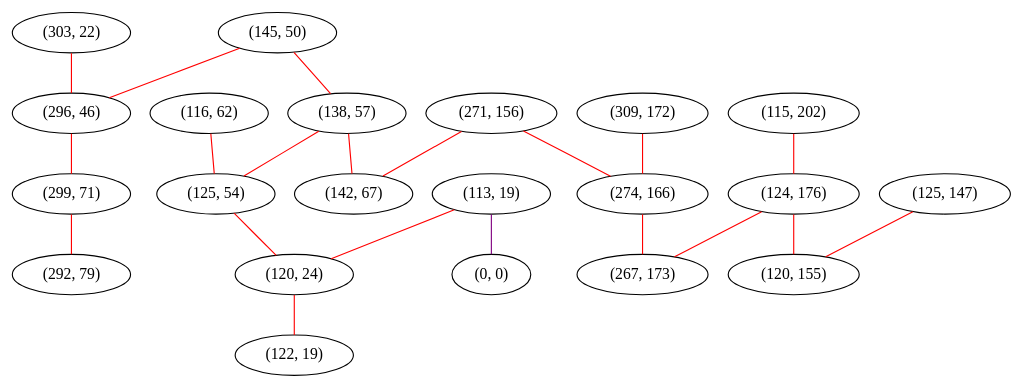
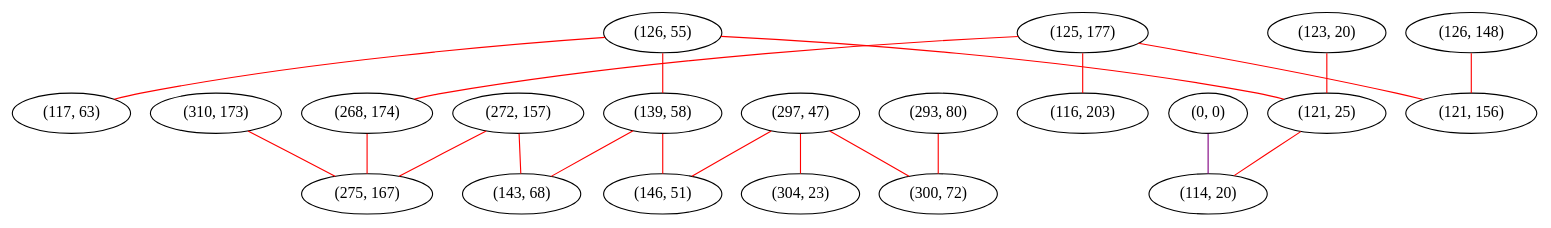
One commit to FelixMcFelix/sip-for-cv-paper changed the diagram in graphviz/alegreya/N-up.gv. Above: the diagram before and after it, drawn with Graphviz. The commit also changed 555006 other files, not shown here.

```diff
--- a/graphviz/alegreya/N-up.gv
+++ b/graphviz/alegreya/N-up.gv
@@ -1,43 +1,43 @@
 graph "" {
-"(145, 50)";
-"(271, 156)";
-"(303, 22)";
-"(113, 19)";
-"(115, 202)";
-"(296, 46)";
-"(299, 71)";
-"(124, 176)";
-"(116, 62)";
-"(138, 57)";
-"(125, 54)";
-"(125, 147)";
-"(120, 24)";
-"(120, 155)";
-"(142, 67)";
+"(125, 177)";
 "(0, 0)";
-"(309, 172)";
-"(122, 19)";
-"(274, 166)";
-"(292, 79)";
-"(267, 173)";
-"(145, 50)" -- "(296, 46)"  [color=red, key=0, weight=1];
-"(145, 50)" -- "(138, 57)"  [color=red, key=0, weight=1];
-"(271, 156)" -- "(142, 67)"  [color=red, key=0, weight=1];
-"(271, 156)" -- "(274, 166)"  [color=red, key=0, weight=1];
-"(303, 22)" -- "(296, 46)"  [color=red, key=0, weight=1];
-"(113, 19)" -- "(120, 24)"  [color=red, key=0, weight=1];
-"(113, 19)" -- "(0, 0)"  [color=purple, key=0, weight=4];
-"(115, 202)" -- "(124, 176)"  [color=red, key=0, weight=1];
-"(296, 46)" -- "(299, 71)"  [color=red, key=0, weight=1];
-"(299, 71)" -- "(292, 79)"  [color=red, key=0, weight=1];
-"(124, 176)" -- "(120, 155)"  [color=red, key=0, weight=1];
-"(124, 176)" -- "(267, 173)"  [color=red, key=0, weight=1];
-"(116, 62)" -- "(125, 54)"  [color=red, key=0, weight=1];
-"(138, 57)" -- "(125, 54)"  [color=red, key=0, weight=1];
-"(138, 57)" -- "(142, 67)"  [color=red, key=0, weight=1];
-"(125, 54)" -- "(120, 24)"  [color=red, key=0, weight=1];
-"(125, 147)" -- "(120, 155)"  [color=red, key=0, weight=1];
-"(120, 24)" -- "(122, 19)"  [color=red, key=0, weight=1];
-"(309, 172)" -- "(274, 166)"  [color=red, key=0, weight=1];
-"(274, 166)" -- "(267, 173)"  [color=red, key=0, weight=1];
+"(123, 20)";
+"(268, 174)";
+"(310, 173)";
+"(297, 47)";
+"(272, 157)";
+"(126, 55)";
+"(121, 25)";
+"(304, 23)";
+"(126, 148)";
+"(139, 58)";
+"(117, 63)";
+"(146, 51)";
+"(116, 203)";
+"(275, 167)";
+"(143, 68)";
+"(293, 80)";
+"(114, 20)";
+"(121, 156)";
+"(300, 72)";
+"(125, 177)" -- "(268, 174)"  [color=red, key=0, weight=1];
+"(125, 177)" -- "(116, 203)"  [color=red, key=0, weight=1];
+"(125, 177)" -- "(121, 156)"  [color=red, key=0, weight=1];
+"(0, 0)" -- "(114, 20)"  [color=purple, key=0, weight=4];
+"(123, 20)" -- "(121, 25)"  [color=red, key=0, weight=1];
+"(268, 174)" -- "(275, 167)"  [color=red, key=0, weight=1];
+"(310, 173)" -- "(275, 167)"  [color=red, key=0, weight=1];
+"(297, 47)" -- "(146, 51)"  [color=red, key=0, weight=1];
+"(297, 47)" -- "(304, 23)"  [color=red, key=0, weight=1];
+"(297, 47)" -- "(300, 72)"  [color=red, key=0, weight=1];
+"(272, 157)" -- "(143, 68)"  [color=red, key=0, weight=1];
+"(272, 157)" -- "(275, 167)"  [color=red, key=0, weight=1];
+"(126, 55)" -- "(139, 58)"  [color=red, key=0, weight=1];
+"(126, 55)" -- "(117, 63)"  [color=red, key=0, weight=1];
+"(126, 55)" -- "(121, 25)"  [color=red, key=0, weight=1];
+"(121, 25)" -- "(114, 20)"  [color=red, key=0, weight=1];
+"(126, 148)" -- "(121, 156)"  [color=red, key=0, weight=1];
+"(139, 58)" -- "(143, 68)"  [color=red, key=0, weight=1];
+"(139, 58)" -- "(146, 51)"  [color=red, key=0, weight=1];
+"(293, 80)" -- "(300, 72)"  [color=red, key=0, weight=1];
 }
```
